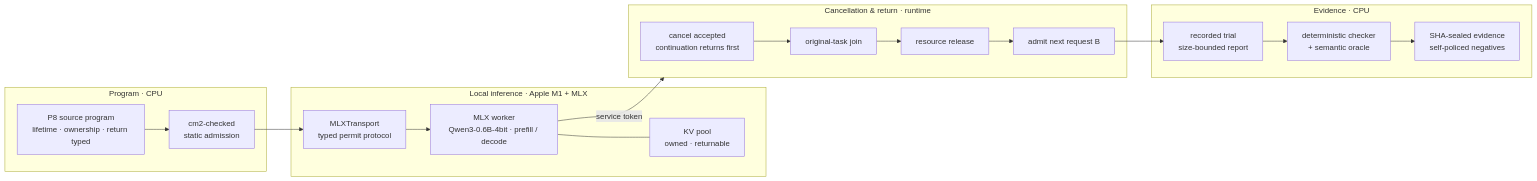
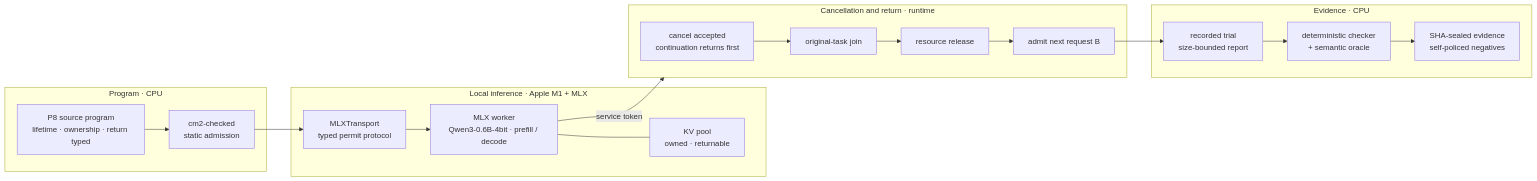
The diagram in README.md (phi-media-lab/response-Phi), drawn with Mermaid before and after one commit. The commit also changed 1 other file, not shown here.

Commit message:
README: avoid '&' in mermaid subgraph title so the diagram renders on GitHub

````diff
--- a/README.md
+++ b/README.md
@@ -23,35 +23,35 @@
 ```mermaid
 flowchart LR
     subgraph AUTHOR["Program · CPU"]
         SRC["P8 source program<br/>lifetime · ownership · return typed"]
         CHECK["cm2-checked<br/>static admission"]
         SRC --> CHECK
     end
 
     subgraph DEVICE["Local inference · Apple M1 + MLX"]
         PERMIT["MLXTransport<br/>typed permit protocol"]
         WORKER["MLX worker<br/>Qwen3-0.6B-4bit · prefill / decode"]
         KV["KV pool<br/>owned · returnable"]
         PERMIT --> WORKER
         WORKER --- KV
     end
 
-    subgraph ORDER["Cancellation & return · runtime"]
+    subgraph ORDER["Cancellation and return · runtime"]
         CANCEL["cancel accepted<br/>continuation returns first"]
         JOIN["original-task join"]
         REL["resource release"]
         ADMIT["admit next request B"]
         CANCEL --> JOIN --> REL --> ADMIT
     end
 
     subgraph AUDIT["Evidence · CPU"]
         REC["recorded trial<br/>size-bounded report"]
         ORACLE["deterministic checker<br/>+ semantic oracle"]
         SEAL["SHA-sealed evidence<br/>self-policed negatives"]
         REC --> ORACLE --> SEAL
     end
 
     CHECK --> PERMIT
     WORKER -->|service token| ORDER
     ADMIT --> REC
 ```
````
